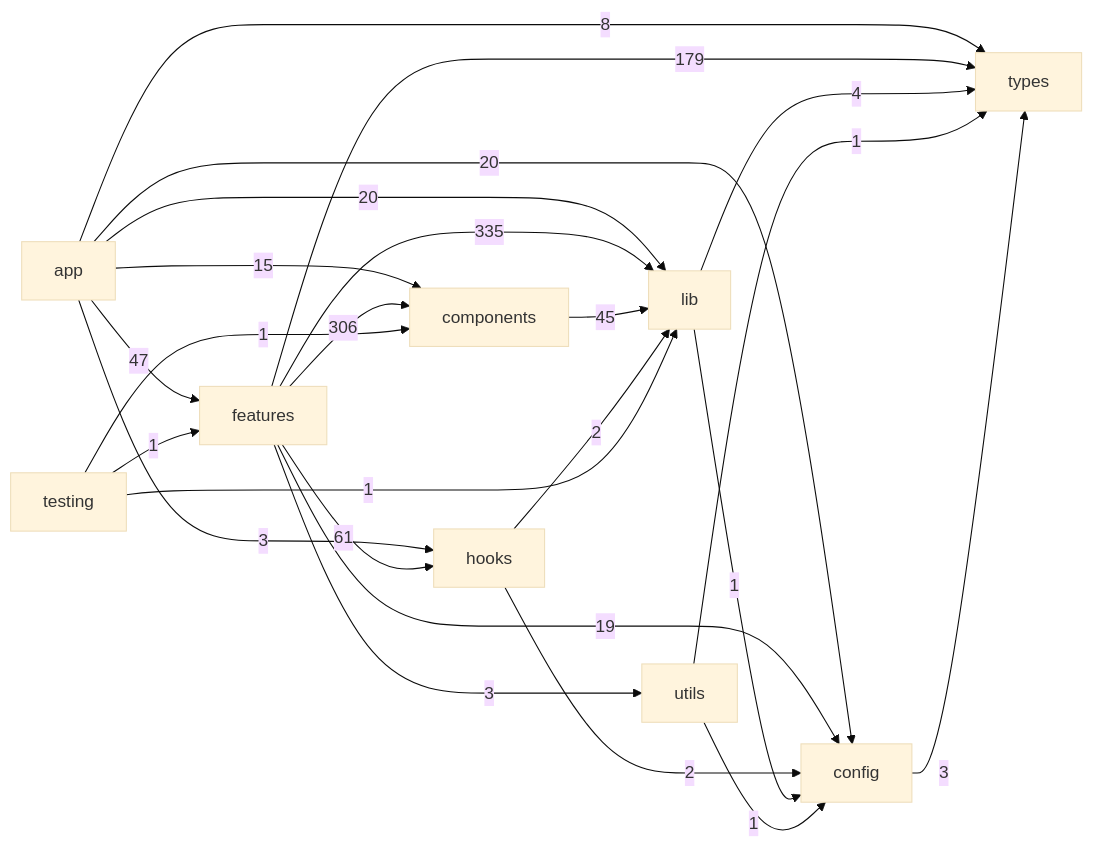
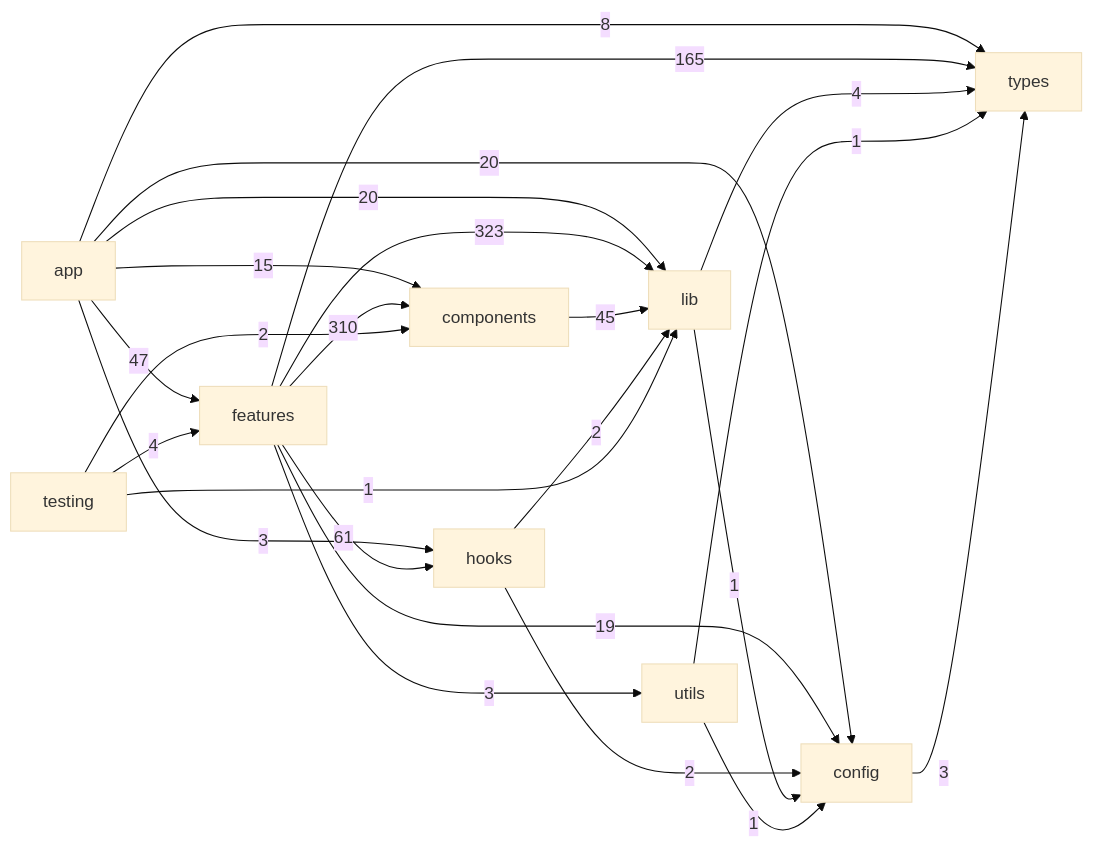
Before and after one commit to JohnnyZhao2/LMS: the diagram in lms_frontend/docs/generated/feature-dependency-graph.md, drawn with Mermaid (base theme). The commit also changed other lines of this file and 75 other files, not shown here.

````diff
--- a/lms_frontend/docs/generated/feature-dependency-graph.md
+++ b/lms_frontend/docs/generated/feature-dependency-graph.md
@@ -7,35 +7,35 @@
 ```mermaid
 flowchart LR
   app["app"]
   features["features"]
   components["components"]
   hooks["hooks"]
   lib["lib"]
   utils["utils"]
   config["config"]
   testing["testing"]
   types["types"]
   app -->|47| features
   app -->|15| components
   app -->|3| hooks
   app -->|20| lib
   app -->|20| config
   app -->|8| types
-  features -->|306| components
+  features -->|310| components
   features -->|61| hooks
-  features -->|335| lib
+  features -->|323| lib
   features -->|3| utils
   features -->|19| config
-  features -->|179| types
+  features -->|165| types
   components -->|45| lib
   hooks -->|2| lib
   hooks -->|2| config
   lib -->|1| config
   lib -->|4| types
   utils -->|1| config
   utils -->|1| types
   config -->|3| types
-  testing -->|1| features
-  testing -->|1| components
+  testing -->|4| features
+  testing -->|2| components
   testing -->|1| lib
 ```
````
